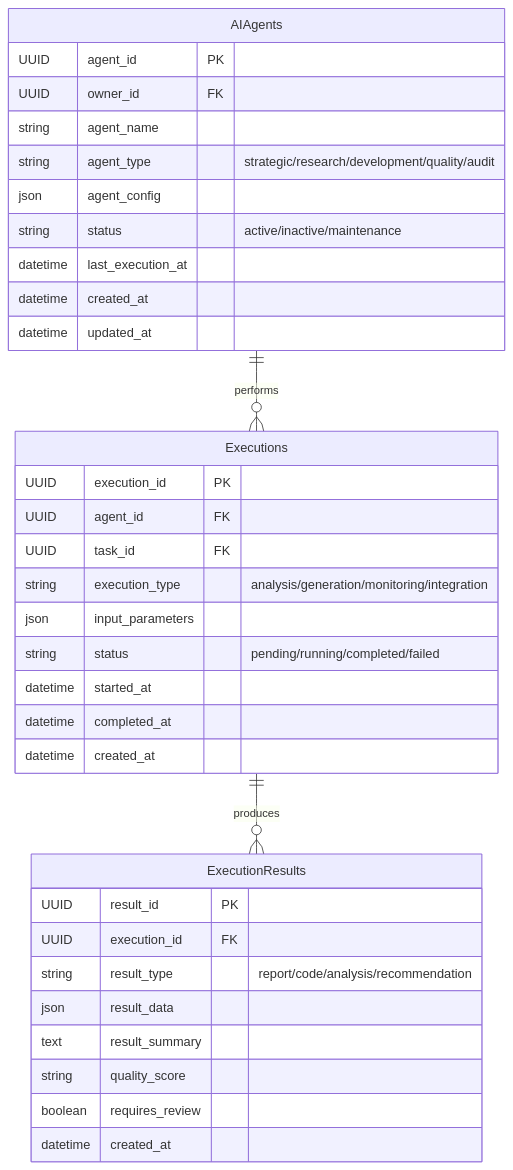
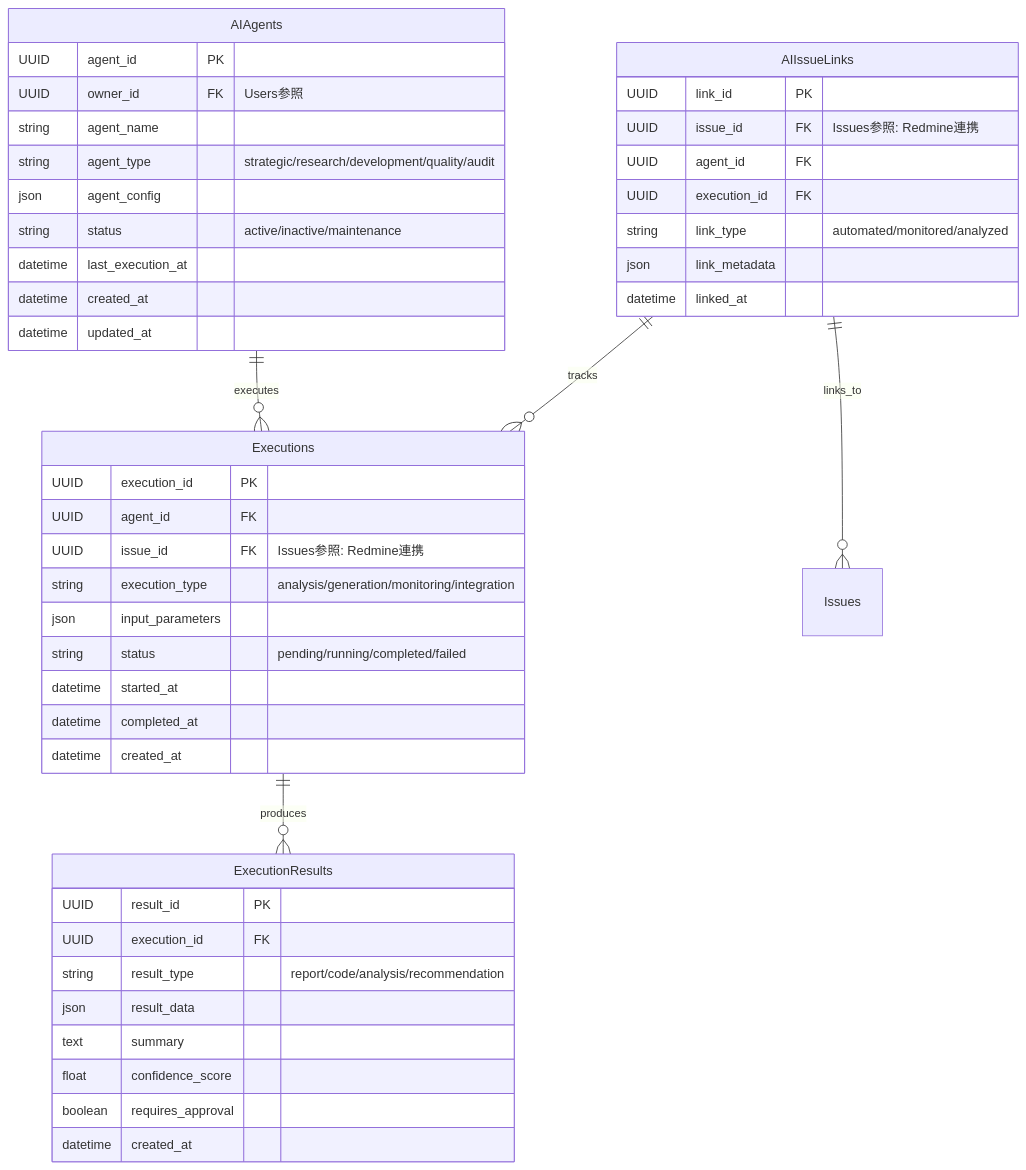
The fifth of 10 diagrams in docs/030000_設計/035000_データ設計/035010_ER図.md (daichiTAAA/AgentOpsPlatform), drawn with Mermaid before and after one commit. The commit also changed other lines of this file, not shown here.

````diff
--- a/docs/030000_設計/035000_データ設計/035010_ER図.md
+++ b/docs/030000_設計/035000_データ設計/035010_ER図.md
@@ -253,40 +389,52 @@
 ```mermaid
 erDiagram
     AIAgents {
         UUID agent_id PK
-        UUID owner_id FK
+        UUID owner_id FK "Users参照"
         string agent_name
         string agent_type "strategic/research/development/quality/audit"
         json agent_config
         string status "active/inactive/maintenance"
         datetime last_execution_at
         datetime created_at
         datetime updated_at
     }
     
     Executions {
         UUID execution_id PK
         UUID agent_id FK
-        UUID task_id FK
+        UUID issue_id FK "Issues参照: Redmine連携"
         string execution_type "analysis/generation/monitoring/integration"
         json input_parameters
         string status "pending/running/completed/failed"
         datetime started_at
         datetime completed_at
         datetime created_at
     }
     
     ExecutionResults {
         UUID result_id PK
         UUID execution_id FK
         string result_type "report/code/analysis/recommendation"
         json result_data
-        text result_summary
-        string quality_score
-        boolean requires_review
+        text summary
+        float confidence_score
+        boolean requires_approval
         datetime created_at
     }
     
-    AIAgents ||--o{ Executions : performs
+    AIIssueLinks {
+        UUID link_id PK
+        UUID issue_id FK "Issues参照: Redmine連携"
+        UUID agent_id FK
+        UUID execution_id FK
+        string link_type "automated/monitored/analyzed"
+        json link_metadata
+        datetime linked_at
+    }
+    
+    AIAgents ||--o{ Executions : executes
     Executions ||--o{ ExecutionResults : produces
+    AIIssueLinks ||--o{ Issues : links_to
+    AIIssueLinks ||--o{ Executions : tracks
 ```
````
